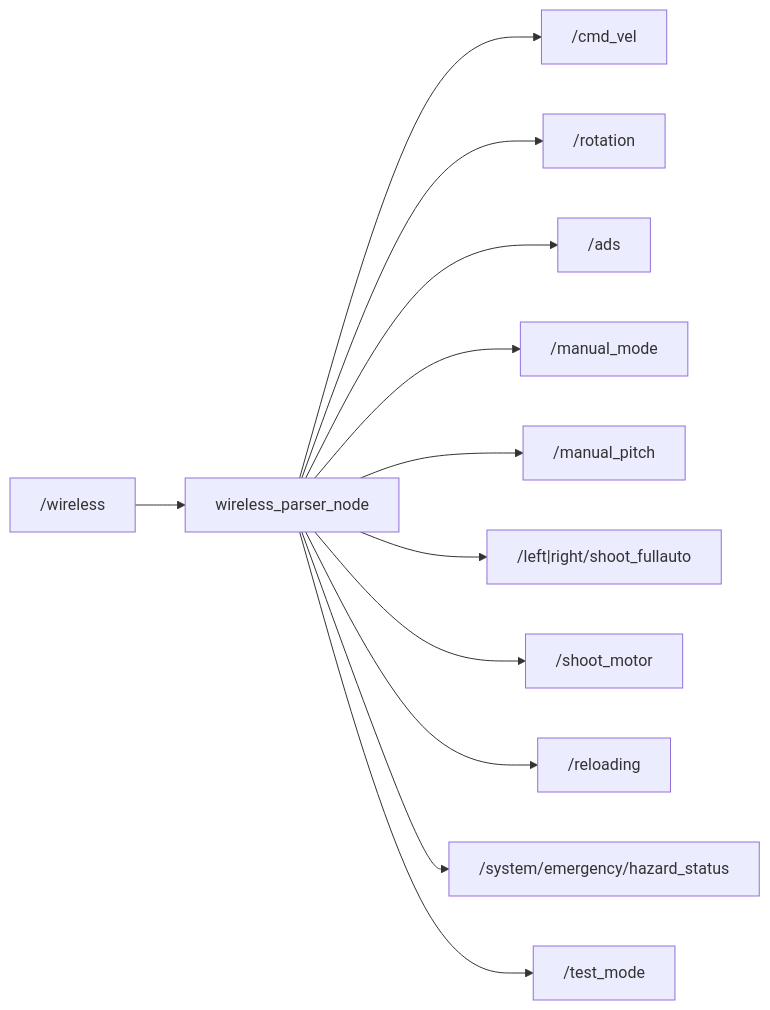
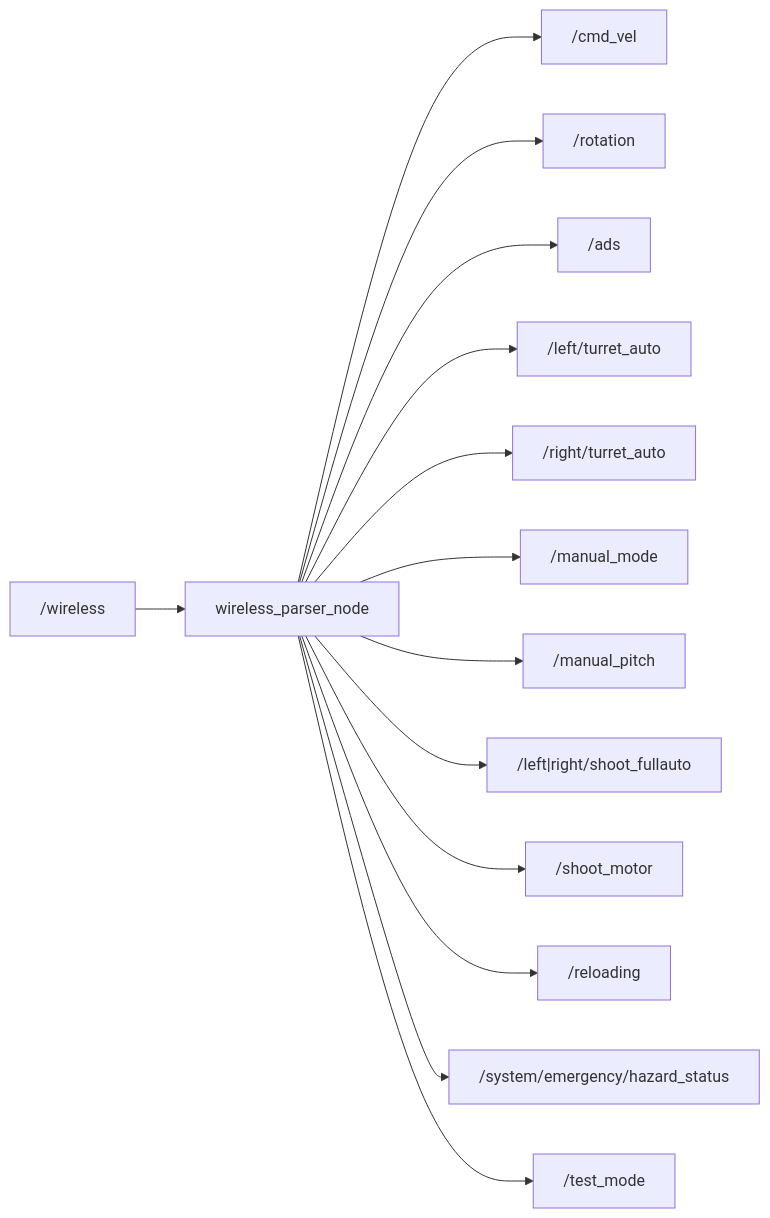
One commit to team-continue/core2026 changed the diagram in docs/packages/core_ros_player_controller.md. Above: the diagram before and after it, drawn with Mermaid. The commit also changed other lines of this file and 5 other files, not shown here.

````diff
--- a/docs/packages/core_ros_player_controller.md
+++ b/docs/packages/core_ros_player_controller.md
@@ -9,14 +9,16 @@
 ```mermaid
 graph LR
     Wireless["/wireless"] --> WP["wireless_parser_node"]
     WP --> CmdVel["/cmd_vel"]
     WP --> Rotation["/rotation"]
     WP --> ADS["/ads"]
+    WP --> LeftAuto["/left/turret_auto"]
+    WP --> RightAuto["/right/turret_auto"]
     WP --> Manual["/manual_mode"]
     WP --> Pitch["/manual_pitch"]
     WP --> Shoot["/left|right/shoot_fullauto"]
     WP --> Motor["/shoot_motor"]
     WP --> Reload["/reloading"]
     WP --> Hazard["/system/emergency/hazard_status"]
     WP --> TestMode["/test_mode"]
 ```
````
